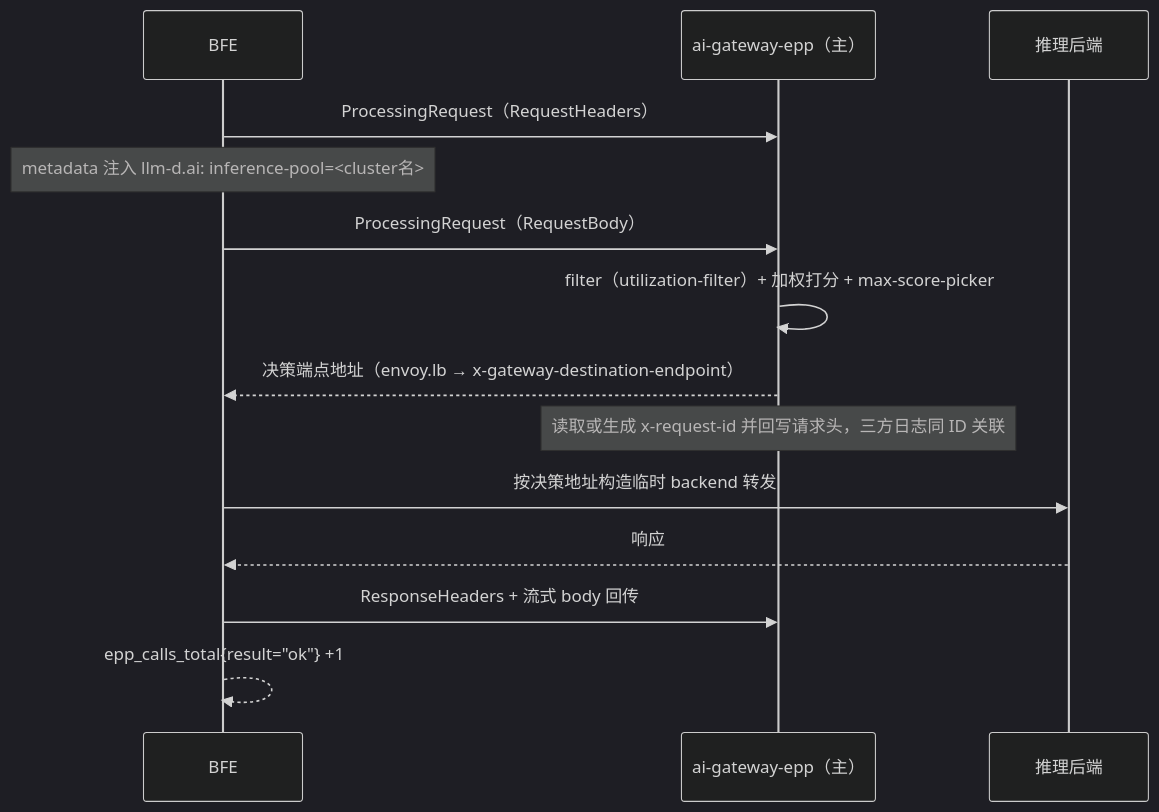
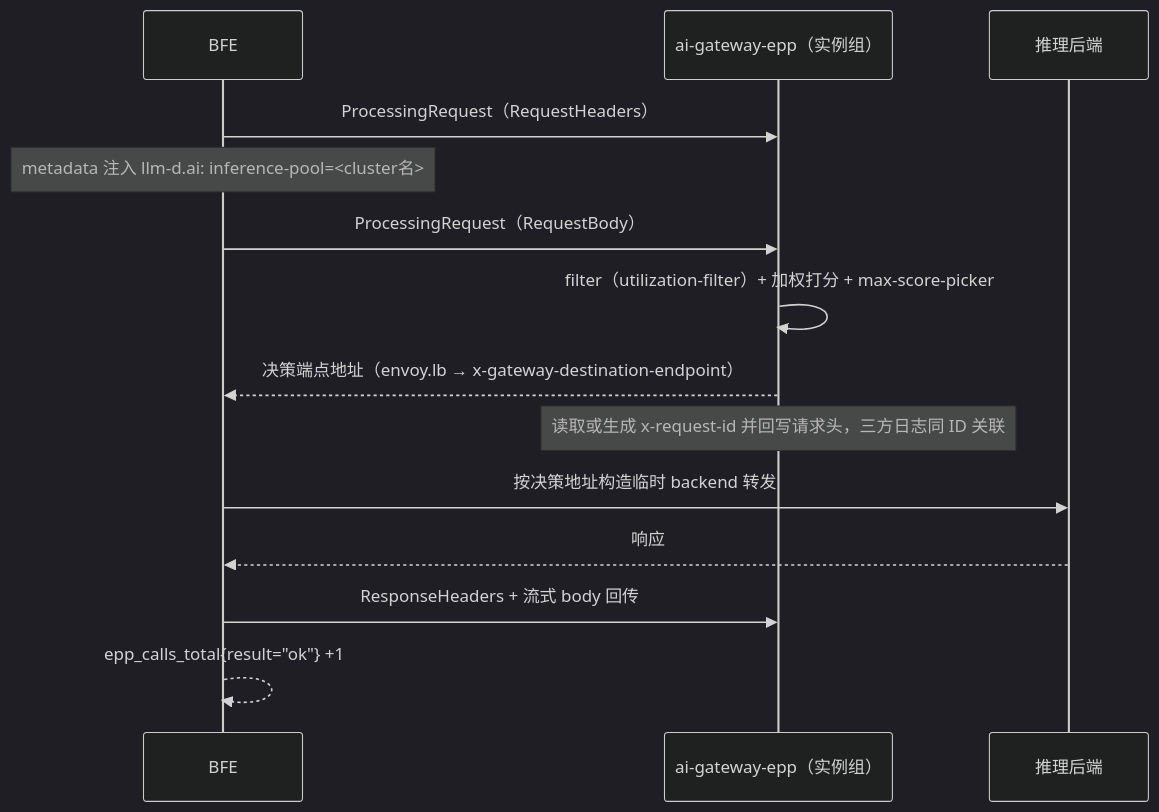
One commit to mileszhang2016/rainway-book changed the second of 2 diagrams in implementation/chapter36-epp-implementation.md. Above: the diagram before and after it, drawn with Mermaid (dark theme). The commit also changed other lines of this file and 78 other files, not shown here.

Commit message:
docs: 全书对齐 v0.8.0 最新组件版本（Dashboard v0.0.11、新增 ai-gateway-controller v1.1.0；补充角色体系、批量任务、批量限流、EPP 运行时参数、K8s 池发现与错误契约等）（中英双语）

````diff
--- a/implementation/chapter36-epp-implementation.md
+++ b/implementation/chapter36-epp-implementation.md
@@ -130,17 +131,17 @@
 ```mermaid
 sequenceDiagram
     participant BFE
-    participant EPP as ai-gateway-epp（主）
+    participant EPP as ai-gateway-epp（实例组）
     participant RS as 推理后端
 
     BFE->>EPP: ProcessingRequest（RequestHeaders）
     Note over BFE: metadata 注入 llm-d.ai: inference-pool=<cluster名>
     BFE->>EPP: ProcessingRequest（RequestBody）
     EPP->>EPP: filter（utilization-filter）+ 加权打分 + max-score-picker
     EPP-->>BFE: 决策端点地址（envoy.lb → x-gateway-destination-endpoint）
     Note over EPP: 读取或生成 x-request-id 并回写请求头，三方日志同 ID 关联
     BFE->>RS: 按决策地址构造临时 backend 转发
     RS-->>BFE: 响应
     BFE->>EPP: ResponseHeaders + 流式 body 回传
     BFE-->>BFE: epp_calls_total{result="ok"} +1
 ```
````
